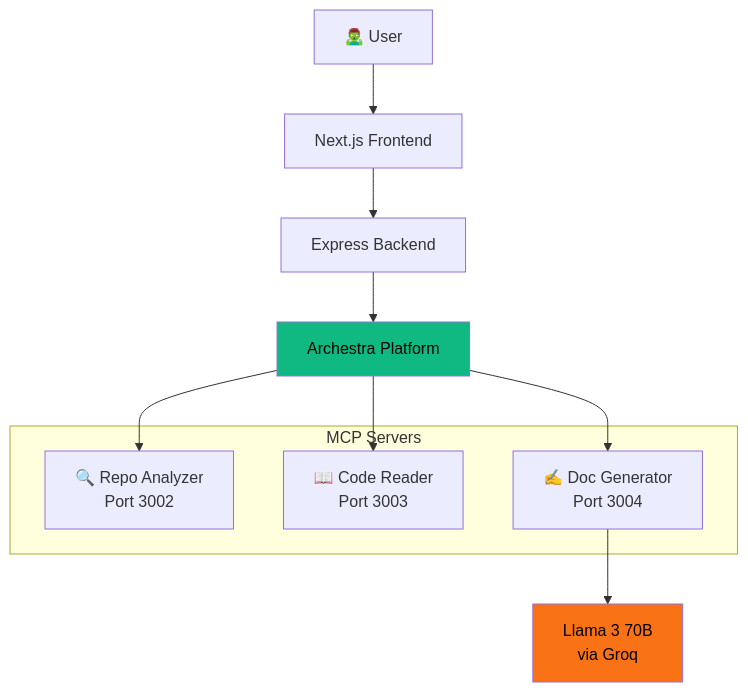
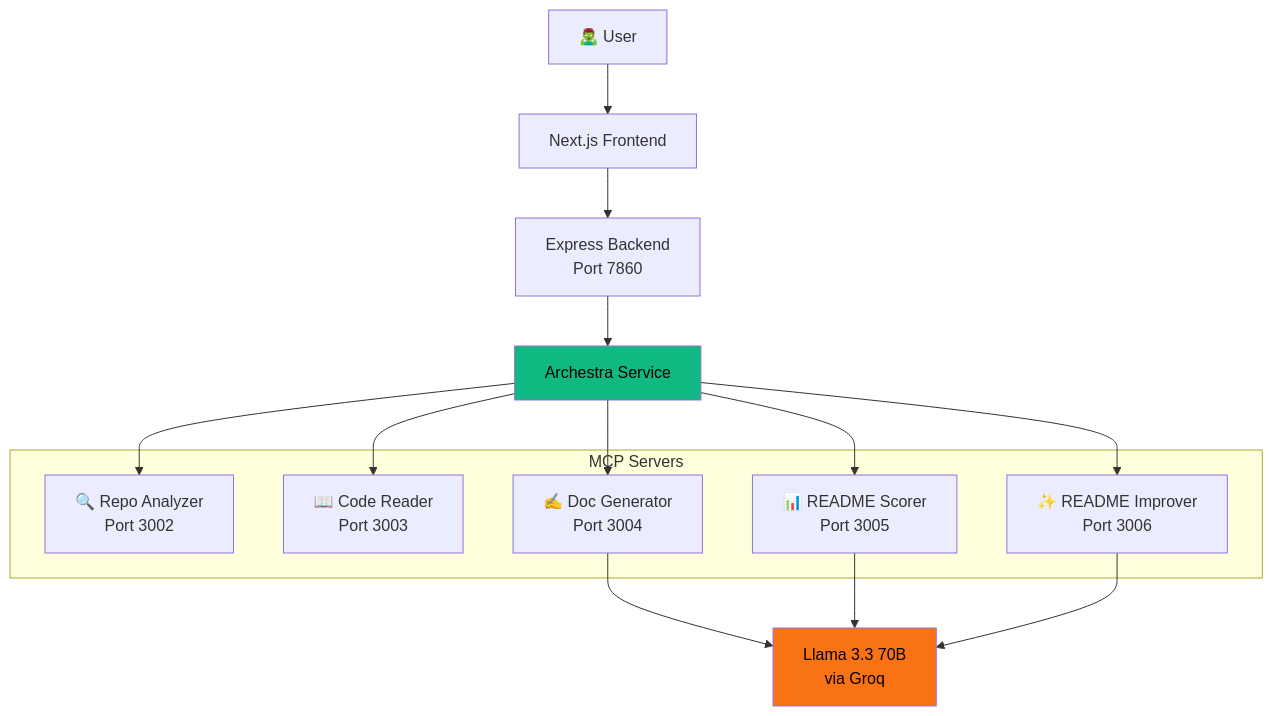
Before and after one commit to yadnyeshkolte/readmere: the first of 2 diagrams in README.md, drawn with Mermaid. The commit also changed other lines of this file and 10 other files, not shown here.

````diff
--- a/README.md
+++ b/README.md
@@ -25,21 +27,27 @@
 ```mermaid
 graph TB
     User[🧟‍♂️ User] --> Frontend[Next.js Frontend]
-    Frontend --> Backend[Express Backend]
-    Backend --> Archestra[Archestra Platform]
+    Frontend --> Backend[Express Backend<br/>Port 7860]
+    Backend --> Archestra[Archestra Service]
     
     subgraph "MCP Servers"
         RA[🔍 Repo Analyzer<br/>Port 3002]
         CR[📖 Code Reader<br/>Port 3003]
         DG[✍️ Doc Generator<br/>Port 3004]
+        RS[📊 README Scorer<br/>Port 3005]
+        RI[✨ README Improver<br/>Port 3006]
     end
     
     Archestra --> RA
     Archestra --> CR
     Archestra --> DG
+    Archestra --> RS
+    Archestra --> RI
     
-    DG --> Groq[Llama 3 70B<br/>via Groq]
+    DG --> Groq[Llama 3.3 70B<br/>via Groq]
+    RS --> Groq
+    RI --> Groq
     
     style Archestra fill:#10b981,color:#000
     style Groq fill:#f97316,color:#000
 ```
````
